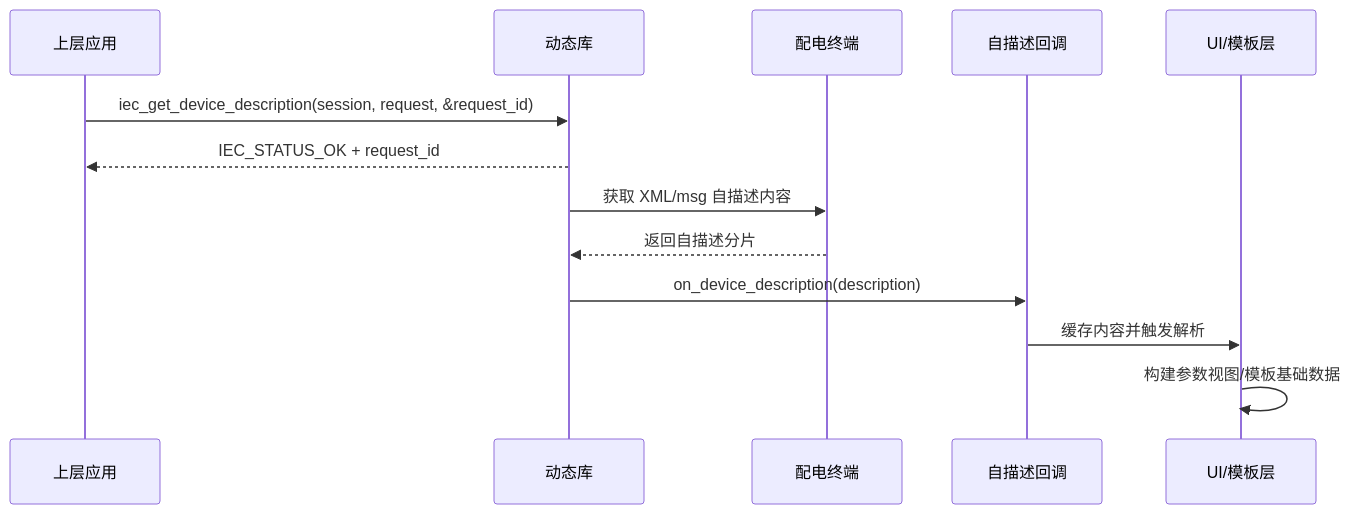
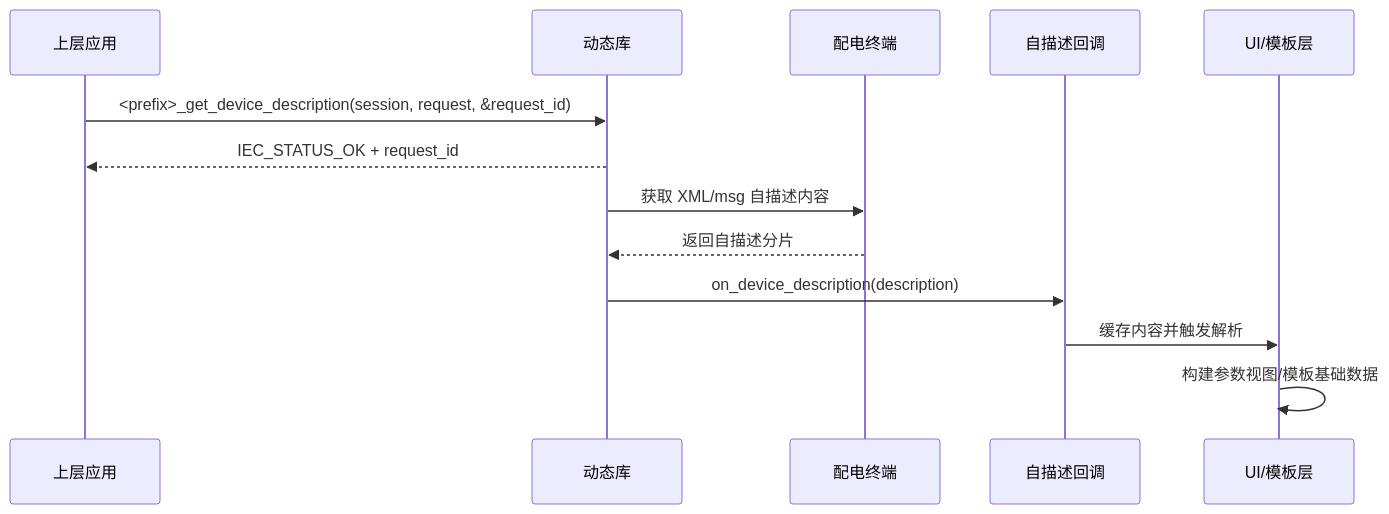
The ninth of 12 diagrams in doc/api/dtu_unified_maintenance_sdk_api_design.md (CcooLcyy/gw-protocol-sdk), drawn with Mermaid before and after one commit. The commit also changed other lines of this file and 2 other files, not shown here.

````diff
--- a/doc/api/dtu_unified_maintenance_sdk_api_design.md
+++ b/doc/api/dtu_unified_maintenance_sdk_api_design.md
@@ -1992,16 +1835,16 @@
 ```mermaid
 sequenceDiagram
     participant 应用 as 上层应用
     participant 库 as 动态库
     participant 终端 as 配电终端
     participant 回调 as 自描述回调
     participant 业务 as UI/模板层
 
-    应用->>库: iec_get_device_description(session, request, &request_id)
+    应用->>库: <prefix>_get_device_description(session, request, &request_id)
     库-->>应用: IEC_STATUS_OK + request_id
     库->>终端: 获取 XML/msg 自描述内容
     终端-->>库: 返回自描述分片
     库->>回调: on_device_description(description)
     回调->>业务: 缓存内容并触发解析
     业务->>业务: 构建参数视图/模板基础数据
 ```
````
